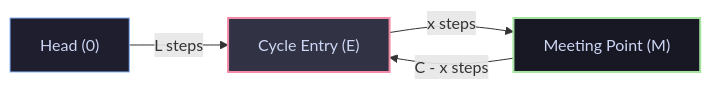
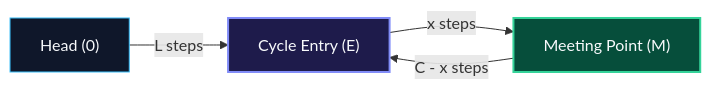
One commit to 1345AbhishekKumar/cs-cookbook changed the sixth of 8 diagrams in content/docs/dsa/02-trees-heaps-and-core-patterns/04-two-pointers-and-sliding-window.mdx. Above: the diagram before and after it, drawn with Mermaid. The commit also changed other lines of this file and 211 other files, not shown here.

````diff
--- a/content/docs/dsa/02-trees-heaps-and-core-patterns/04-two-pointers-and-sliding-window.mdx
+++ b/content/docs/dsa/02-trees-heaps-and-core-patterns/04-two-pointers-and-sliding-window.mdx
@@ -101,10 +199,10 @@
 ```mermaid
 flowchart LR
     Head["Head (0)"] -->|"L steps"| Entry["Cycle Entry (E)"]
     Entry -->|"x steps"| Meet["Meeting Point (M)"]
     Meet -->|"C - x steps"| Entry
 
-    style Head fill:#1e1e2e,stroke:#89b4fa,stroke-width:1px,color:#cdd6f4
-    style Entry fill:#313244,stroke:#f38ba8,stroke-width:2px,color:#cdd6f4
-    style Meet fill:#181825,stroke:#a6e3a1,stroke-width:2px,color:#cdd6f4
+    style Head fill:#0f172a,stroke:#38bdf8,stroke-width:1px,color:#f8fafc
+    style Entry fill:#1e1b4b,stroke:#818cf8,stroke-width:2px,color:#f8fafc
+    style Meet fill:#064e3b,stroke:#34d399,stroke-width:2px,color:#f8fafc
 ```
````
